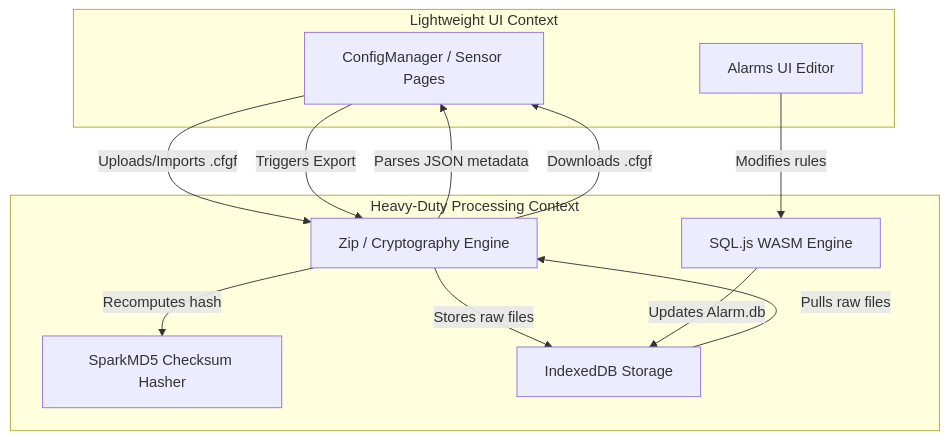
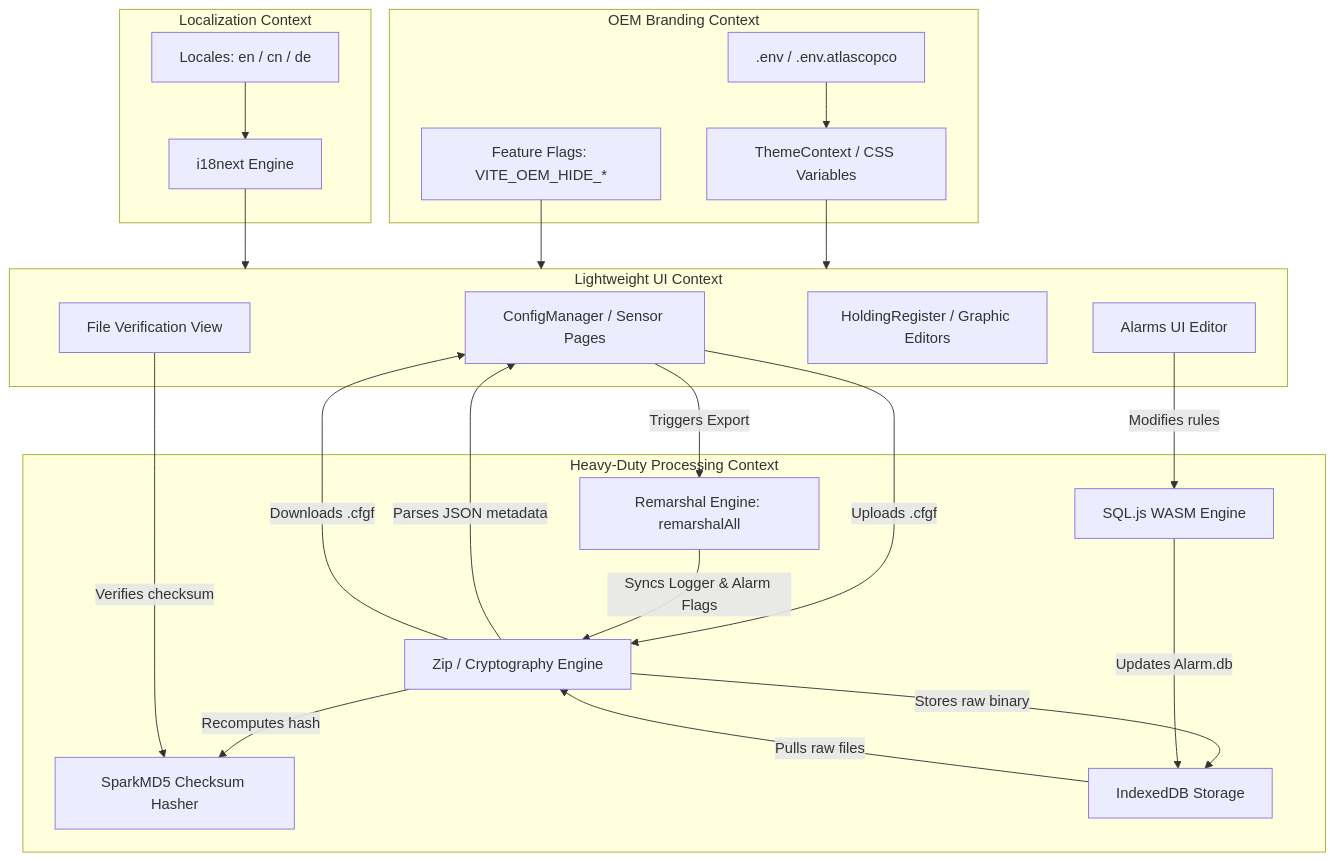
Before and after one commit to afeifly/smallNfast: the first of 3 diagrams in s4c-web/docs/report/ddd_prd_report.md, drawn with Mermaid. The commit also changed other lines of this file and 22 other files, not shown here.

````diff
--- a/s4c-web/docs/report/ddd_prd_report.md
+++ b/s4c-web/docs/report/ddd_prd_report.md
@@ -18,22 +37,46 @@
 ```mermaid
 flowchart TD
+    subgraph OEM ["OEM Branding Context"]
+        ENV[.env / .env.atlascopco]
+        TC[ThemeContext / CSS Variables]
+        FF[Feature Flags: VITE_OEM_HIDE_*]
+    end
+
+    subgraph i18n ["Localization Context"]
+        LOC[Locales: en / cn / de]
+        I18N[i18next Engine]
+    end
+
     subgraph UI ["Lightweight UI Context"]
         A[ConfigManager / Sensor Pages]
         E[Alarms UI Editor]
+        H[HoldingRegister / Graphic Editors]
+        V[File Verification View]
     end
+
     subgraph Worker ["Heavy-Duty Processing Context"]
         B[Zip / Cryptography Engine]
         C[SparkMD5 Checksum Hasher]
         D[SQL.js WASM Engine]
         F[IndexedDB Storage]
+        R[Remarshal Engine: remarshalAll]
     end
-    A -- Uploads/Imports .cfgf --> B
-    B -- Stores raw files --> F
+
+    ENV --> TC
+    TC --> UI
+    FF --> UI
+    LOC --> I18N
+    I18N --> UI
+
+    A -- Uploads .cfgf --> B
+    B -- Stores raw binary --> F
     B -- Parses JSON metadata --> A
     E -- Modifies rules --> D
     D -- Updates Alarm.db --> F
-    A -- Triggers Export --> B
+    A -- Triggers Export --> R
+    R -- Syncs Logger & Alarm Flags --> B
     F -- Pulls raw files --> B
     B -- Recomputes hash --> C
     B -- Downloads .cfgf --> A
+    V -- Verifies checksum --> C
 ```
````
